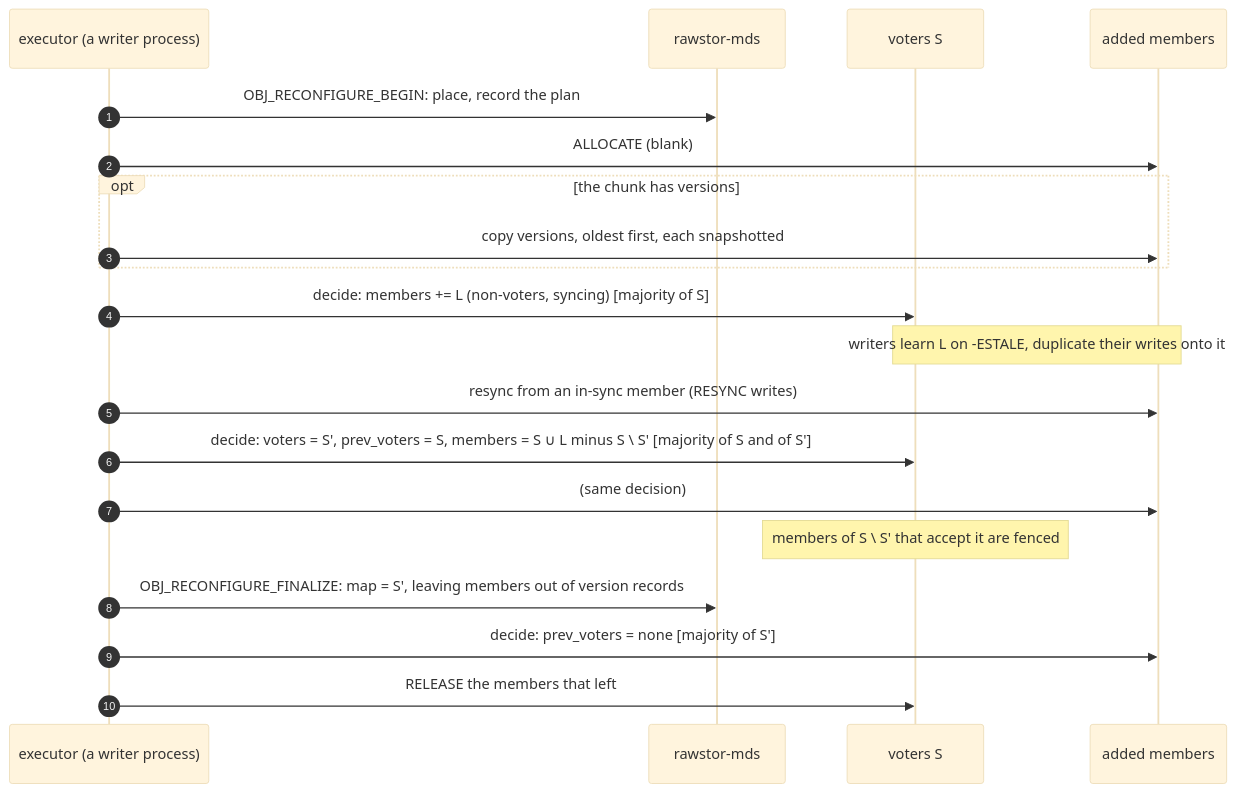
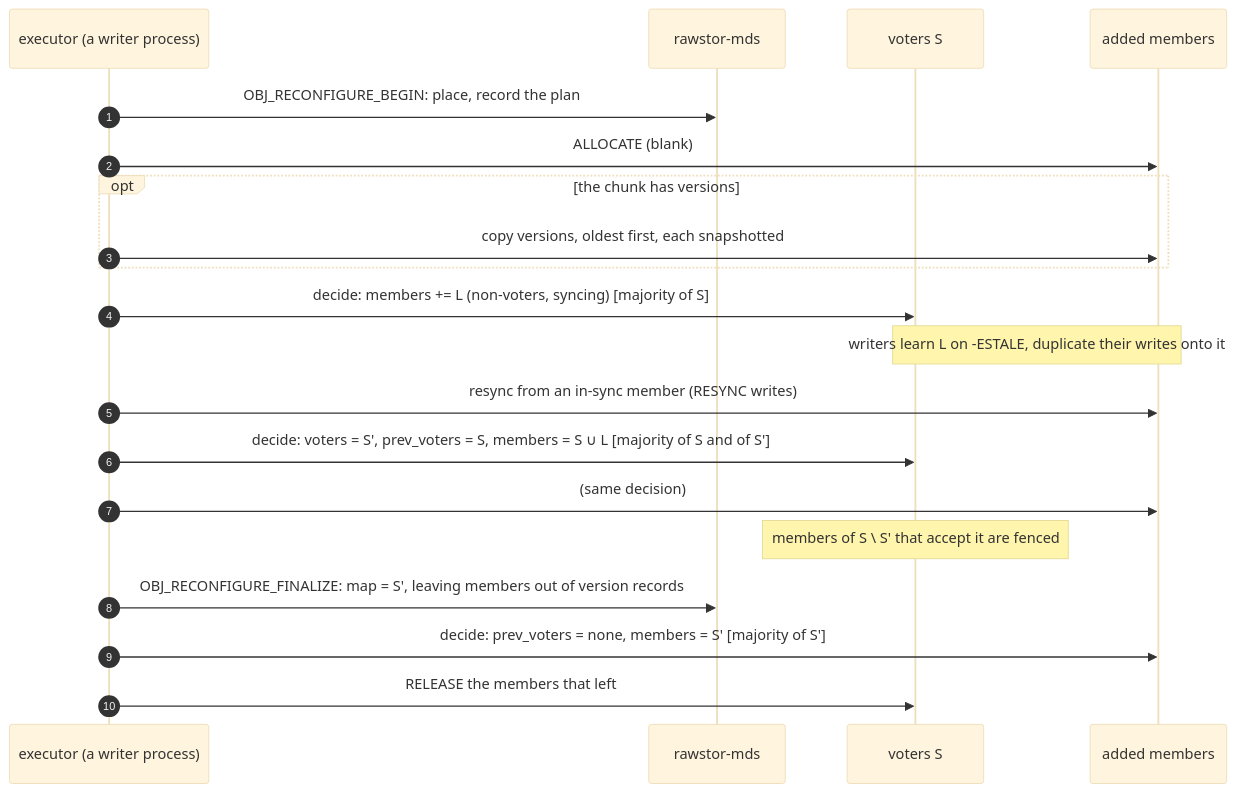
One commit to rawstor/librawstor changed the diagram in docs/migration.md. Above: the diagram before and after it, drawn with Mermaid (base theme). The commit also changed other lines of this file, not shown here.

Commit message:
docs(migration): keep leaving members in the value until the settle

````diff
--- a/docs/migration.md
+++ b/docs/migration.md
@@ -197,22 +201,22 @@
 ```mermaid
 sequenceDiagram
     autonumber
     participant X as executor (a writer process)
     participant M as rawstor-mds
     participant S as voters S
     participant L as added members
     X->>M: OBJ_RECONFIGURE_BEGIN: place, record the plan
     X->>L: ALLOCATE (blank)
     opt the chunk has versions
         X->>L: copy versions, oldest first, each snapshotted
     end
     X->>S: decide: members += L (non-voters, syncing)   [majority of S]
     Note over S,L: writers learn L on -ESTALE, duplicate their writes onto it
     X->>L: resync from an in-sync member (RESYNC writes)
-    X->>S: decide: voters = S', prev_voters = S, members = S ∪ L minus S \ S'   [majority of S and of S']
+    X->>S: decide: voters = S', prev_voters = S, members = S ∪ L   [majority of S and of S']
     X->>L: (same decision)
     Note over S: members of S \ S' that accept it are fenced
     X->>M: OBJ_RECONFIGURE_FINALIZE: map = S', leaving members out of version records
-    X->>L: decide: prev_voters = none   [majority of S']
+    X->>L: decide: prev_voters = none, members = S'   [majority of S']
     X->>S: RELEASE the members that left
 ```
````
